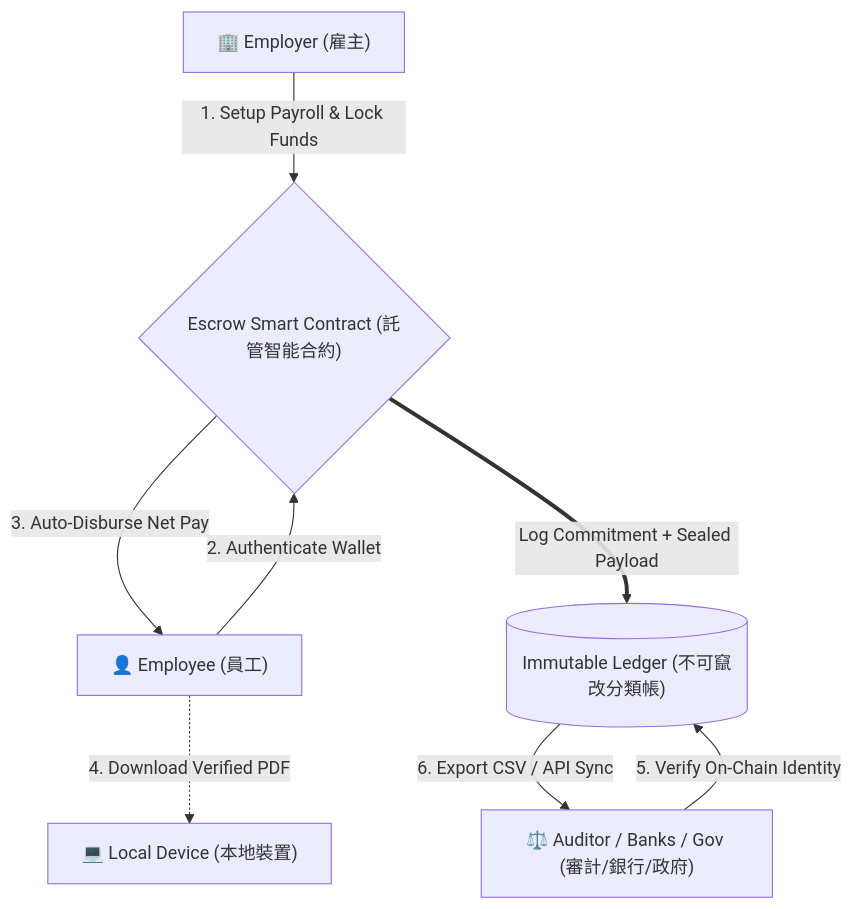
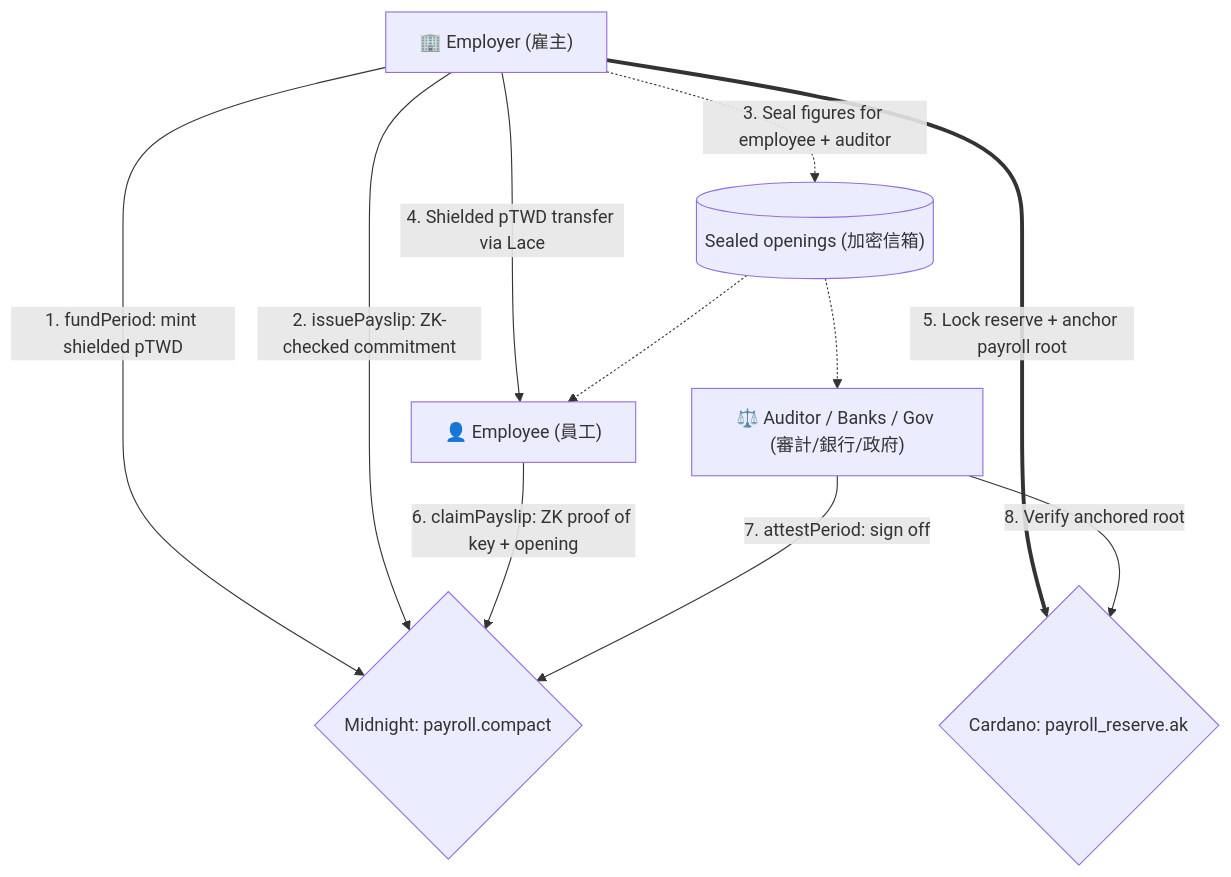
Before and after one commit to lihsuan0411-ops/On-Chain-payroll: the diagram in README.md, drawn with Mermaid. The commit also changed other lines of this file and 17 other files, not shown here.

First line of the commit message:
Feat: Connect portals to Midnight and Cardano with Local/Preprod modes

````diff
--- a/README.md
+++ b/README.md
@@ -16,17 +17,20 @@
 ```mermaid
 graph TD
     Employer["🏢 Employer (雇主)"]
     Employee["👤 Employee (員工)"]
     Auditor["⚖️ Auditor / Banks / Gov (審計/銀行/政府)"]
-    Contract{"Escrow Smart Contract (託管智能合約)"}
-    Ledger[("Immutable Ledger (不可竄改分類帳)")]
-    Local["💻 Local Device (本地裝置)"]
+    Midnight{"Midnight: payroll.compact"}
+    Cardano{"Cardano: payroll_reserve.ak"}
+    Mailbox[("Sealed openings (加密信箱)")]
 
-    Employer -->|1. Setup Payroll & Lock Funds| Contract
-    Employee -->|2. Authenticate Wallet| Contract
-    Contract -->|3. Auto-Disburse Net Pay| Employee
-    Employee -.->|4. Download Verified PDF| Local
-    Contract ==>|Log Commitment + Sealed Payload| Ledger
-    Auditor -->|5. Verify On-Chain Identity| Ledger
-    Ledger -->|6. Export CSV / API Sync| Auditor
+    Employer -->|"1. fundPeriod: mint shielded pTWD"| Midnight
+    Employer -->|"2. issuePayslip: ZK-checked commitment"| Midnight
+    Employer -.->|"3. Seal figures for employee + auditor"| Mailbox
+    Employer -->|"4. Shielded pTWD transfer via Lace"| Employee
+    Employer ==>|"5. Lock reserve + anchor payroll root"| Cardano
+    Employee -->|"6. claimPayslip: ZK proof of key + opening"| Midnight
+    Mailbox -.-> Employee
+    Mailbox -.-> Auditor
+    Auditor -->|"7. attestPeriod: sign off"| Midnight
+    Auditor -->|"8. Verify anchored root"| Cardano
 ```
````
